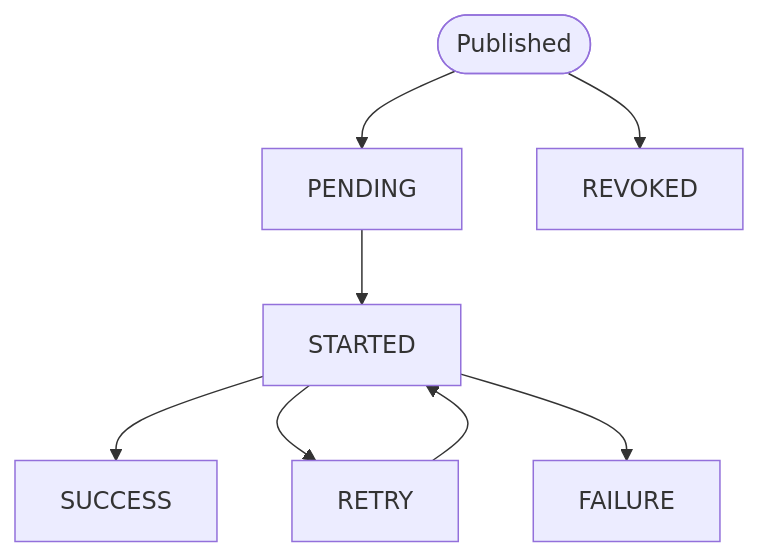
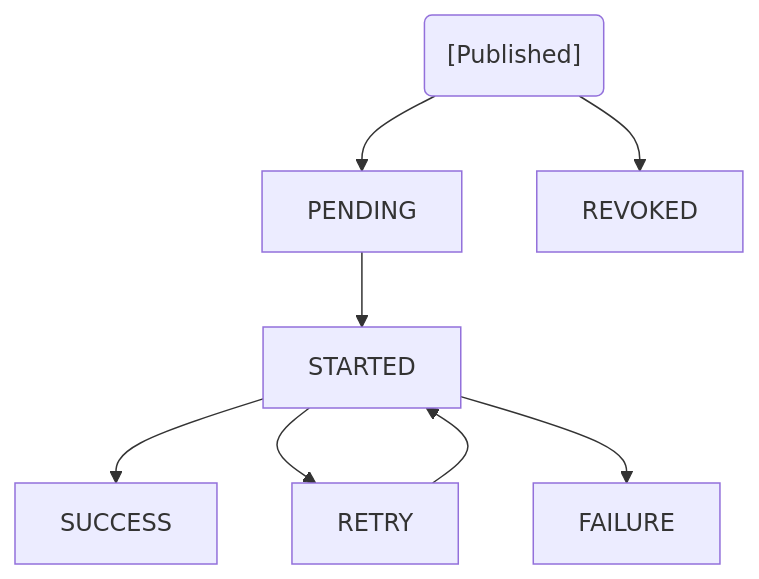
The diagram in directions/services/celery/pact/03_bystryy_start_i_pervyy_rabochiy_kontur/14_03_3_5_chtenie_rezultatov_i_statusov.md (DDoSKudya/ai-study-atlas), drawn with Mermaid before and after one commit. The commit also changed 322 other files, not shown here.

Commit message:
fix(docs): make mermaid diagrams GitHub-compatible across directions content

````diff
--- a/directions/services/celery/pact/03_bystryy_start_i_pervyy_rabochiy_kontur/14_03_3_5_chtenie_rezultatov_i_statusov.md
+++ b/directions/services/celery/pact/03_bystryy_start_i_pervyy_rabochiy_kontur/14_03_3_5_chtenie_rezultatov_i_statusov.md
@@ -124,10 +124,10 @@
 ```mermaid
 flowchart TD
-    A([Published]) --> B[PENDING]
-    B --> C[STARTED]
-    C --> D[SUCCESS]
-    C --> E[RETRY]
+    A("[Published]") --> B["PENDING"]
+    B --> C["STARTED"]
+    C --> D["SUCCESS"]
+    C --> E["RETRY"]
     E --> C
-    C --> F[FAILURE]
-    A --> G[REVOKED]
+    C --> F["FAILURE"]
+    A --> G["REVOKED"]
 ```
````
